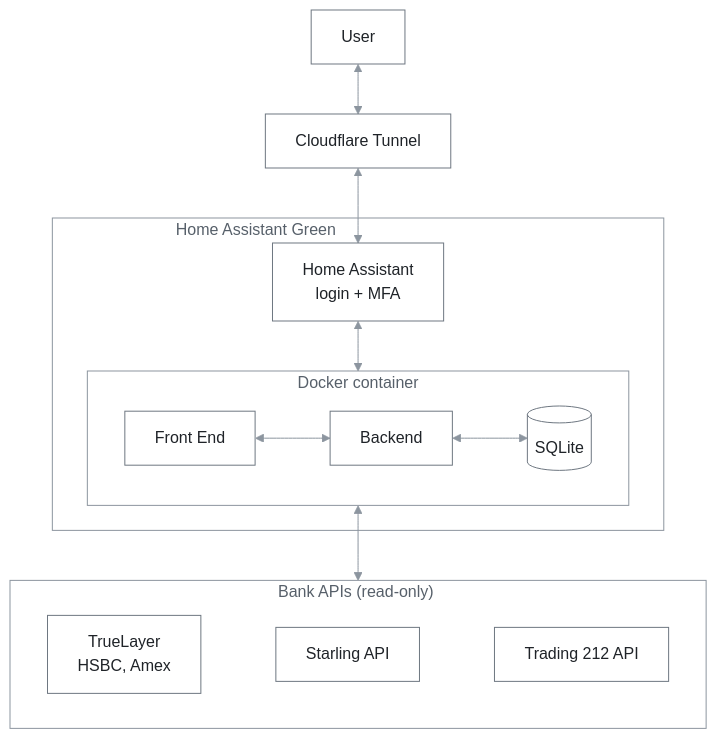
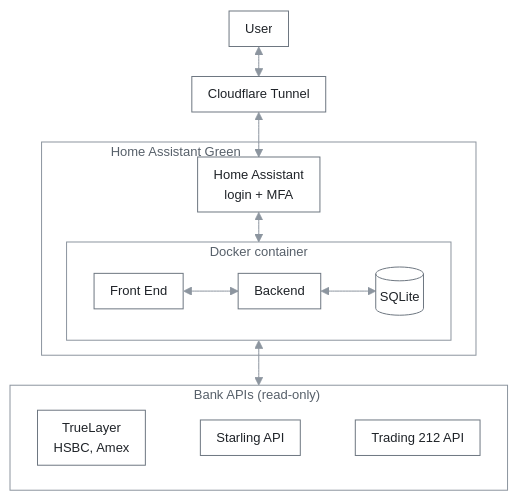
One commit to H-Ali1/finance-dashboard changed the diagram in README.md. Above: the diagram before and after it, drawn with Mermaid. The commit also changed other lines of this file and 1 other file, not shown here.

````diff
--- a/README.md
+++ b/README.md
@@ -21,22 +96,22 @@
 ```mermaid
-%%{init: {'layout': 'dagre', 'theme': 'base', 'themeVariables': {'primaryColor': '#ffffff', 'primaryTextColor': '#1f2328', 'primaryBorderColor': '#6e7781', 'lineColor': '#8c959f', 'titleColor': '#57606a', 'clusterBkg': '#ffffff', 'clusterBorder': '#8c959f', 'fontFamily': 'sans-serif'}}}%%
+%%{init: {'layout': 'dagre', 'flowchart': {'diagramPadding': 8, 'nodeSpacing': 30, 'rankSpacing': 30, 'padding': 8}, 'theme': 'base', 'themeVariables': {'fontSize': '13px', 'primaryColor': '#ffffff', 'primaryTextColor': '#1f2328', 'primaryBorderColor': '#6e7781', 'lineColor': '#8c959f', 'titleColor': '#57606a', 'clusterBkg': '#ffffff', 'clusterBorder': '#8c959f', 'fontFamily': 'sans-serif'}}}%%
 flowchart TB
     user["User"] <--> tunnel["Cloudflare Tunnel"] <--> ha
 
     %% #nbsp; padding moves this title left, clear of the arrow. The one after
     %% "(read-only)" stops GitHub's wider font clipping the bracket.
     subgraph green["Home Assistant Green#nbsp;#nbsp;#nbsp;#nbsp;#nbsp;#nbsp;#nbsp;#nbsp;#nbsp;#nbsp;#nbsp;#nbsp;#nbsp;#nbsp;#nbsp;#nbsp;#nbsp;#nbsp;#nbsp;#nbsp;#nbsp;#nbsp;#nbsp;#nbsp;#nbsp;#nbsp;#nbsp;#nbsp;#nbsp;#nbsp;#nbsp;#nbsp;#nbsp;#nbsp;#nbsp;#nbsp;#nbsp;#nbsp;#nbsp;#nbsp;#nbsp;#nbsp;#nbsp;#nbsp;#nbsp;#nbsp;"]
         ha["Home Assistant<br/>login + MFA"] <--> container
         subgraph container["Docker container"]
             direction LR
             frontend["Front End"] <--> backend["Backend"] <--> db[("SQLite")]
         end
     end
 
     container <--> apis
 
     subgraph apis["Bank APIs (read-only)#nbsp;"]
         direction LR
         truelayer["TrueLayer<br/>HSBC, Amex"] ~~~ starling["Starling API"] ~~~ t212["Trading 212 API"]
     end
 ```
````
